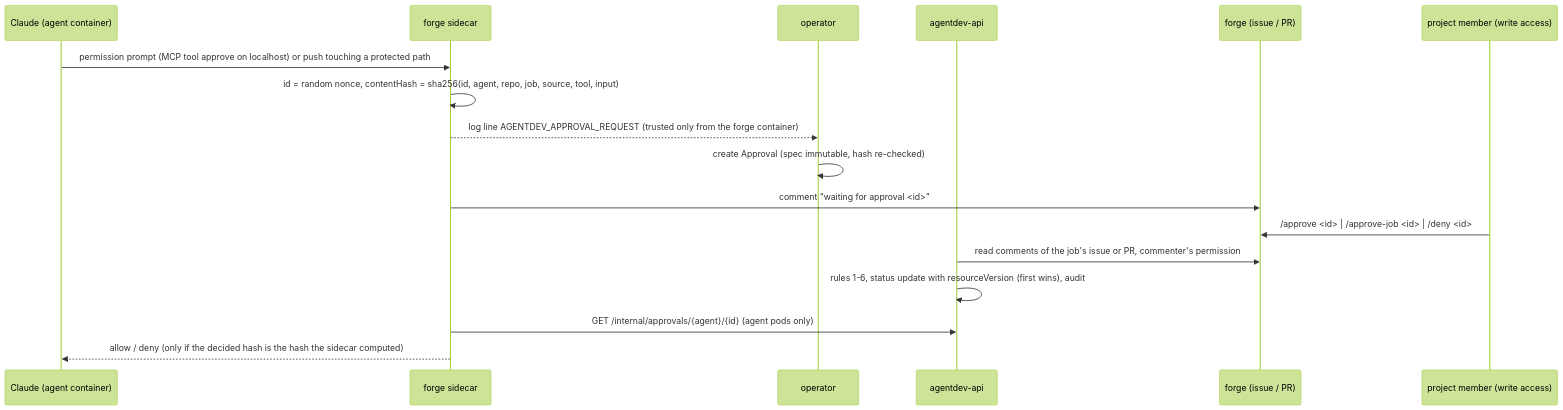
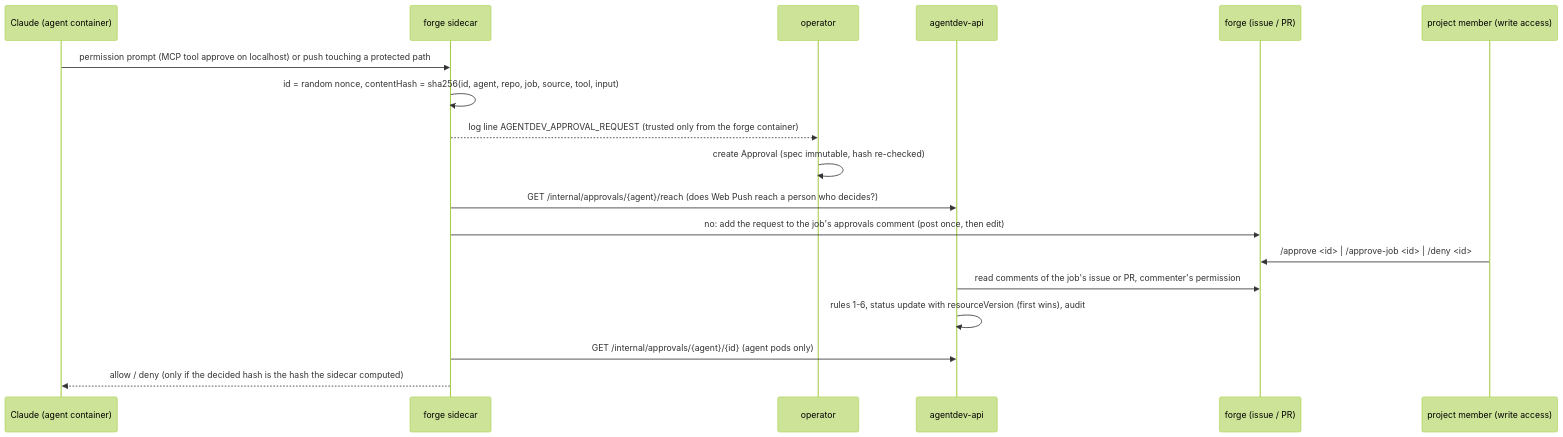
One commit to valentinalexeev/agentdev changed the third of 3 diagrams in docs/security-model.md. Above: the diagram before and after it, drawn with Mermaid (forest theme). The commit also changed other lines of this file and 10 other files, not shown here.

First line of the commit message:
feat(forge): one approvals comment per job, web push before the forge

````diff
--- a/docs/security-model.md
+++ b/docs/security-model.md
@@ -387,19 +397,20 @@
 ```mermaid
 sequenceDiagram
   participant C as Claude (agent container)
   participant S as forge sidecar
   participant O as operator
   participant API as agentdev-api
   participant F as forge (issue / PR)
   participant U as project member (write access)
   C->>S: permission prompt (MCP tool approve on localhost) or push touching a protected path
   S->>S: id = random nonce, contentHash = sha256(id, agent, repo, job, source, tool, input)
   S-->>O: log line AGENTDEV_APPROVAL_REQUEST (trusted only from the forge container)
   O->>O: create Approval (spec immutable, hash re-checked)
-  S->>F: comment "waiting for approval <id>"
+  S->>API: GET /internal/approvals/{agent}/reach (does Web Push reach a person who decides?)
+  S->>F: no: add the request to the job's approvals comment (post once, then edit)
   U->>F: /approve <id> | /approve-job <id> | /deny <id>
   API->>F: read comments of the job's issue or PR, commenter's permission
   API->>API: rules 1-6, status update with resourceVersion (first wins), audit
   S->>API: GET /internal/approvals/{agent}/{id} (agent pods only)
   S-->>C: allow / deny (only if the decided hash is the hash the sidecar computed)
 ```
````
